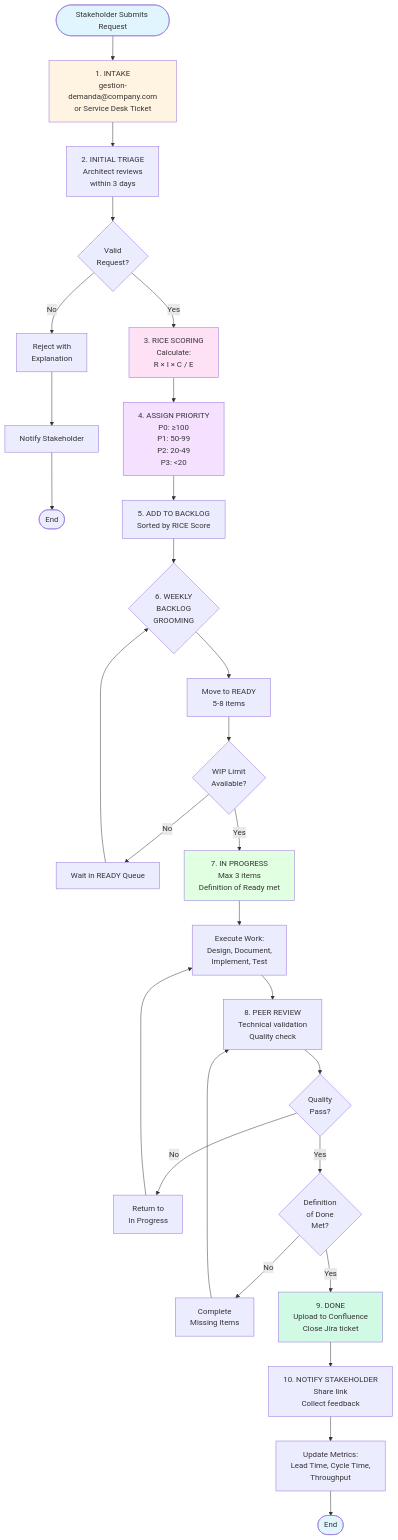
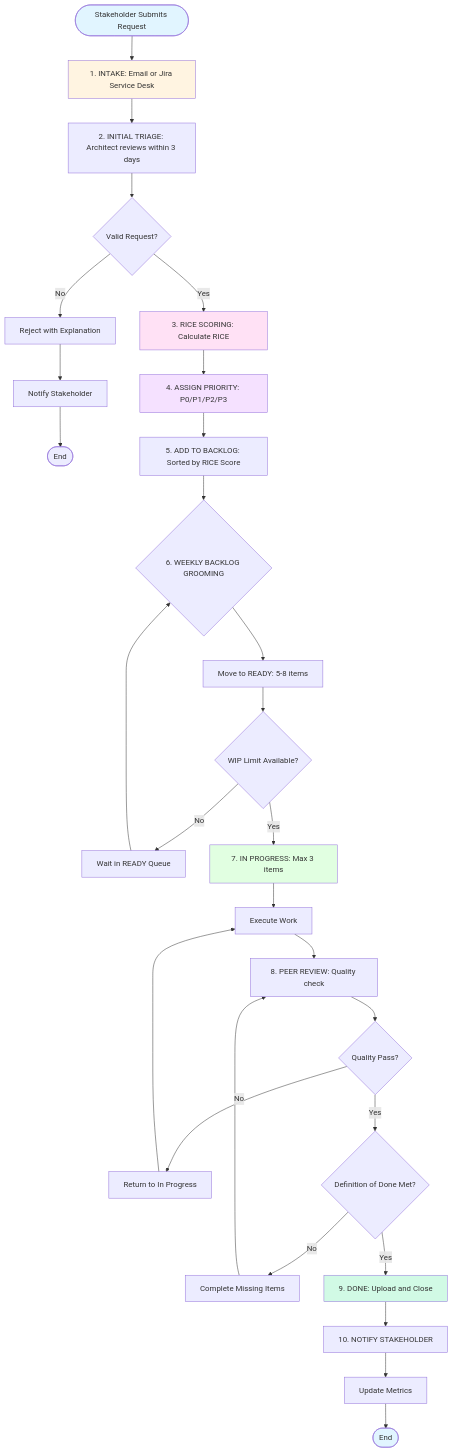
One commit to Nebiath/Architecture-design-documentation changed the first of 10 diagrams in docs/ejemplo/01-global/demand-management/diagrams/demand-management-diagrams.md. Above: the diagram before and after it, drawn with Mermaid. The commit also changed other lines of this file, not shown here.

Commit message:
Mermaid rendering inconsistencies.

````diff
--- a/docs/ejemplo/01-global/demand-management/diagrams/demand-management-diagrams.md
+++ b/docs/ejemplo/01-global/demand-management/diagrams/demand-management-diagrams.md
@@ -26,59 +27,59 @@
 ```mermaid
 graph TD
-    Start([Stakeholder Submits Request]) --> Intake[1. INTAKE<br/>gestion-demanda@company.com<br/>or Service Desk Ticket]
+    Start([Stakeholder Submits Request]) --> Intake[1. INTAKE: Email or Jira Service Desk]
 
-    Intake --> Triage[2. INITIAL TRIAGE<br/>Architect reviews<br/>within 3 days]
+    Intake --> Triage[2. INITIAL TRIAGE: Architect reviews within 3 days]
 
-    Triage --> Valid{Valid<br/>Request?}
+    Triage --> Valid{Valid Request?}
 
-    Valid -->|No| Reject[Reject with<br/>Explanation]
+    Valid -->|No| Reject[Reject with Explanation]
     Reject --> NotifyReject[Notify Stakeholder]
     NotifyReject --> End1([End])
 
-    Valid -->|Yes| Scoring[3. RICE SCORING<br/>Calculate:<br/>R × I × C / E]
+    Valid -->|Yes| Scoring[3. RICE SCORING: Calculate RICE]
 
-    Scoring --> Priority[4. ASSIGN PRIORITY<br/>P0: ≥100<br/>P1: 50-99<br/>P2: 20-49<br/>P3: <20]
+    Scoring --> Priority[4. ASSIGN PRIORITY: P0/P1/P2/P3]
 
-    Priority --> Backlog[5. ADD TO BACKLOG<br/>Sorted by RICE Score]
+    Priority --> Backlog[5. ADD TO BACKLOG: Sorted by RICE Score]
 
-    Backlog --> Groom{6. WEEKLY<br/>BACKLOG<br/>GROOMING}
+    Backlog --> Groom{6. WEEKLY BACKLOG GROOMING}
 
-    Groom --> Ready[Move to READY<br/>5-8 items]
+    Groom --> Ready[Move to READY: 5-8 items]
 
-    Ready --> WIP{WIP Limit<br/>Available?}
+    Ready --> WIP{WIP Limit Available?}
 
     WIP -->|No| Wait[Wait in READY Queue]
     Wait --> Groom
 
-    WIP -->|Yes| InProgress[7. IN PROGRESS<br/>Max 3 items<br/>Definition of Ready met]
+    WIP -->|Yes| InProgress[7. IN PROGRESS: Max 3 items]
 
-    InProgress --> Work[Execute Work:<br/>Design, Document,<br/>Implement, Test]
+    InProgress --> Work[Execute Work]
 
-    Work --> Review[8. PEER REVIEW<br/>Technical validation<br/>Quality check]
+    Work --> Review[8. PEER REVIEW: Quality check]
 
-    Review --> QA{Quality<br/>Pass?}
+    Review --> QA{Quality Pass?}
 
-    QA -->|No| Rework[Return to<br/>In Progress]
+    QA -->|No| Rework[Return to In Progress]
     Rework --> Work
 
-    QA -->|Yes| DoD{Definition<br/>of Done<br/>Met?}
+    QA -->|Yes| DoD{Definition of Done Met?}
 
-    DoD -->|No| Complete[Complete<br/>Missing Items]
+    DoD -->|No| Complete[Complete Missing Items]
     Complete --> Review
 
-    DoD -->|Yes| Done[9. DONE<br/>Upload to Confluence<br/>Close Jira ticket]
+    DoD -->|Yes| Done[9. DONE: Upload and Close]
 
-    Done --> Notify[10. NOTIFY STAKEHOLDER<br/>Share link<br/>Collect feedback]
+    Done --> Notify[10. NOTIFY STAKEHOLDER]
 
-    Notify --> Metrics[Update Metrics:<br/>Lead Time, Cycle Time,<br/>Throughput]
+    Notify --> Metrics[Update Metrics]
 
     Metrics --> End2([End])
 
     style Start fill:#e1f5ff
     style Intake fill:#fff4e1
     style Scoring fill:#ffe1f5
     style Priority fill:#f5e1ff
     style InProgress fill:#e1ffe1
     style Done fill:#d1fae5
     style End2 fill:#e1f5ff
 ```
````
